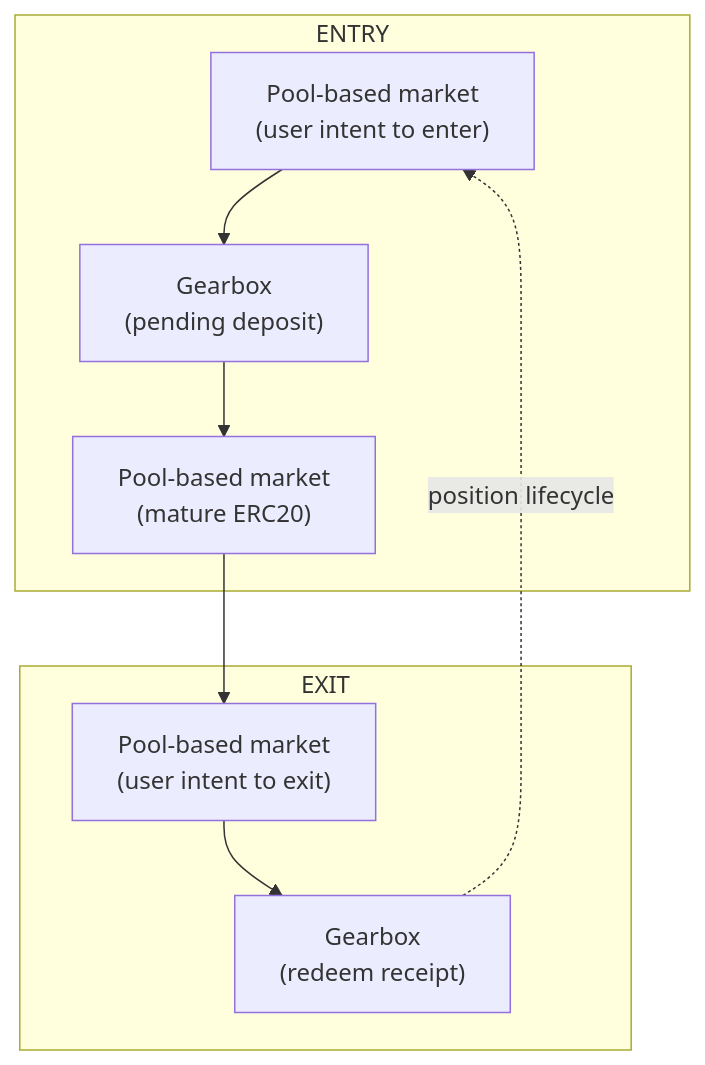
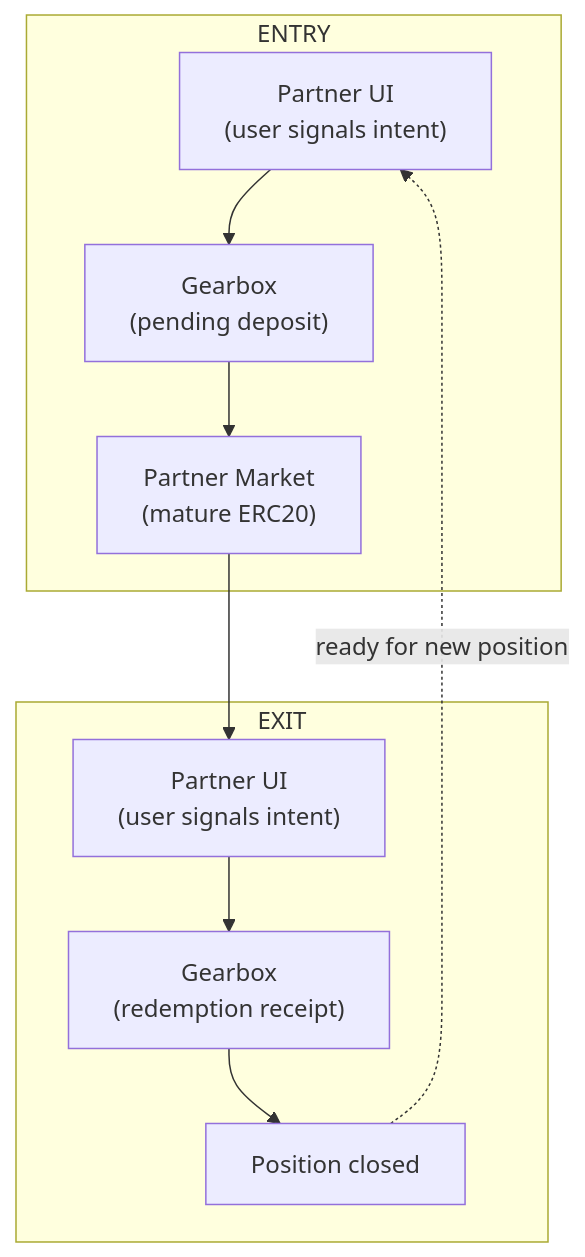
Before and after one commit to Gearbox-protocol/docs-knowledge: the second of 11 diagrams in reference/prime-brokerage-for-rwa-leverage.md, drawn with Mermaid. The commit also changed other lines of this file, not shown here.

````diff
--- a/reference/prime-brokerage-for-rwa-leverage.md
+++ b/reference/prime-brokerage-for-rwa-leverage.md
@@ -38,18 +76,19 @@
 ```mermaid
 flowchart TB
     subgraph ENTRY["ENTRY"]
-        E1["Pool-based market<br/> (user intent to enter)"]
+        E1["Partner UI<br/>(user signals intent)"]
         E2["Gearbox<br/>(pending deposit)"]
-        E3["Pool-based market<br/>(mature ERC20)"]
+        E3["Partner Market<br/>(mature ERC20)"]
         E1 --> E2 --> E3
     end
     
     subgraph EXIT["EXIT"]
-        X1["Pool-based market<br/>(user intent to exit)"]
-        X2["Gearbox<br/>(redeem receipt)"]
-        X1 --> X2
+        X1["Partner UI<br/>(user signals intent)"]
+        X2["Gearbox<br/>(redemption receipt)"]
+        X3["Position closed"]
+        X1 --> X2 --> X3
     end
     
     E3 --> X1
-    X2 -.->|"position lifecycle"| E1
+    X3 -.->|"ready for new position"| E1
 ```
````
